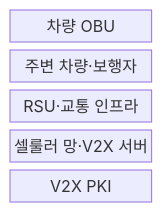
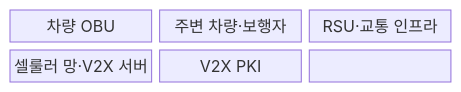
One commit to agnusdei1207/knowledge-base changed the first of 2 diagrams in src/content/docs/notes/08-latest-tech/207_v2x_vehicle_to_everything.md. Above: the diagram before and after it, drawn with Mermaid. The commit also changed other lines of this file and 228 other files, not shown here.

````diff
--- a/src/content/docs/notes/08-latest-tech/207_v2x_vehicle_to_everything.md
+++ b/src/content/docs/notes/08-latest-tech/207_v2x_vehicle_to_everything.md
@@ -54,9 +53,11 @@
 ```mermaid
 block-beta
-  columns 1
-  A["차량 OBU"]
-  B["주변 차량·보행자"]
-  C["RSU·교통 인프라"]
-  D["셀룰러 망·V2X 서버"]
-  E["V2X PKI"]
+  columns 3
+  N0["차량 OBU"]
+  N1["주변 차량·보행자"]
+  N2["RSU·교통 인프라"]
+  N3["셀룰러 망·V2X 서버"]
+  N4["V2X PKI"]
+  N0 --- N1 --- N2
+  N2 --- N3 --- N4
 ```
````
